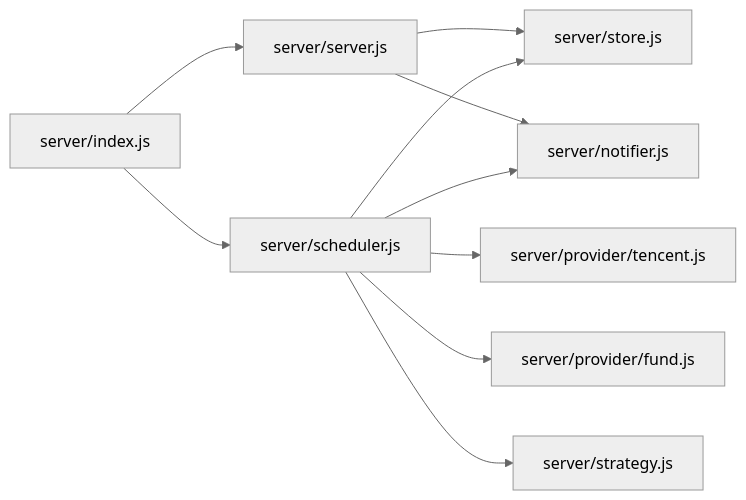
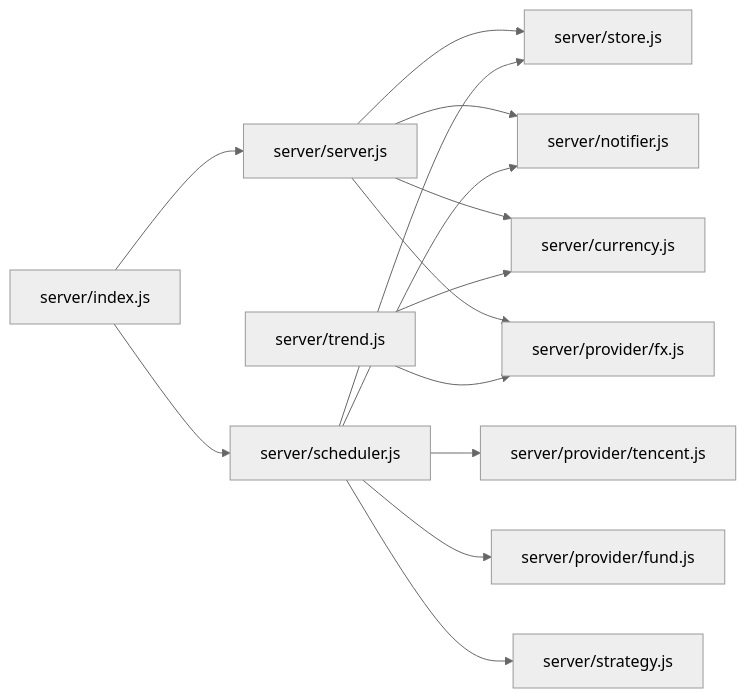
One commit to salenju/stock-advisor changed the eighth of 8 diagrams in .qoder/repowiki/zh/content/系统架构/系统架构.md. Above: the diagram before and after it, drawn with Mermaid (neutral theme). The commit also changed other lines of this file and 45 other files, not shown here.

````diff
--- a/.qoder/repowiki/zh/content/系统架构/系统架构.md
+++ b/.qoder/repowiki/zh/content/系统架构/系统架构.md
@@ -378,12 +487,16 @@
 ```mermaid
 graph LR
 Index["server/index.js"] --> Server["server/server.js"]
 Index --> Scheduler["server/scheduler.js"]
 Server --> Store["server/store.js"]
 Server --> Notifier["server/notifier.js"]
+Server --> Currency["server/currency.js"]
+Server --> FX["server/provider/fx.js"]
 Scheduler --> Tencent["server/provider/tencent.js"]
 Scheduler --> Fund["server/provider/fund.js"]
 Scheduler --> Strategy["server/strategy.js"]
 Scheduler --> Store
 Scheduler --> Notifier
+Trend["server/trend.js"] --> Currency
+Trend --> FX
 ```
````
